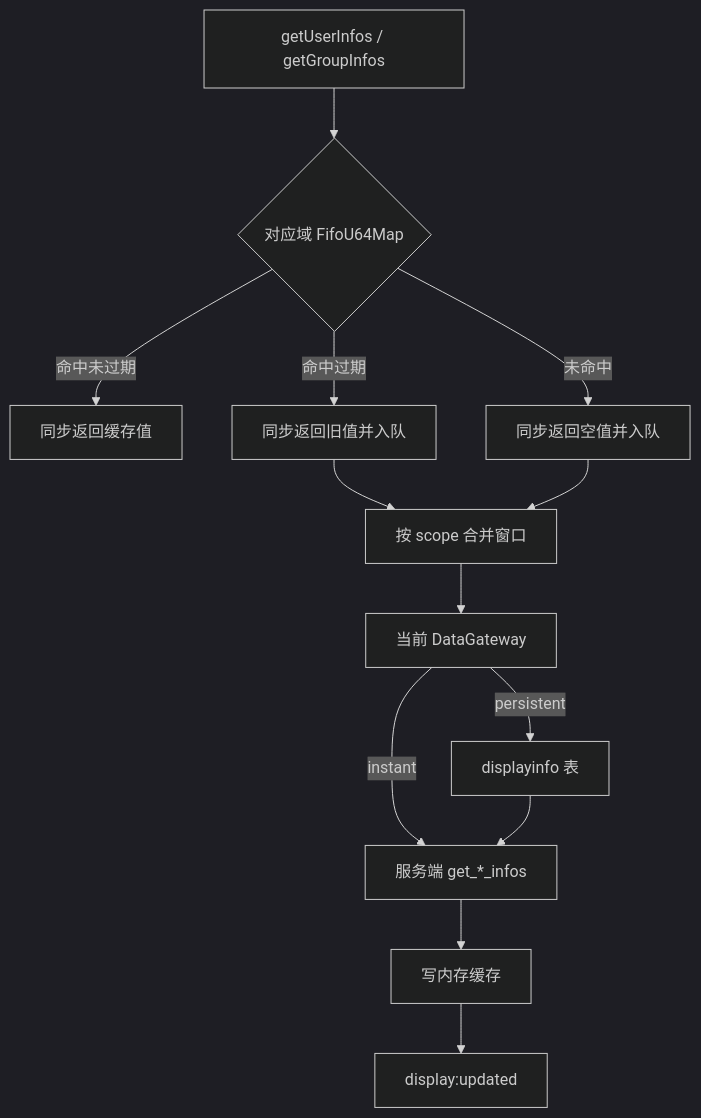
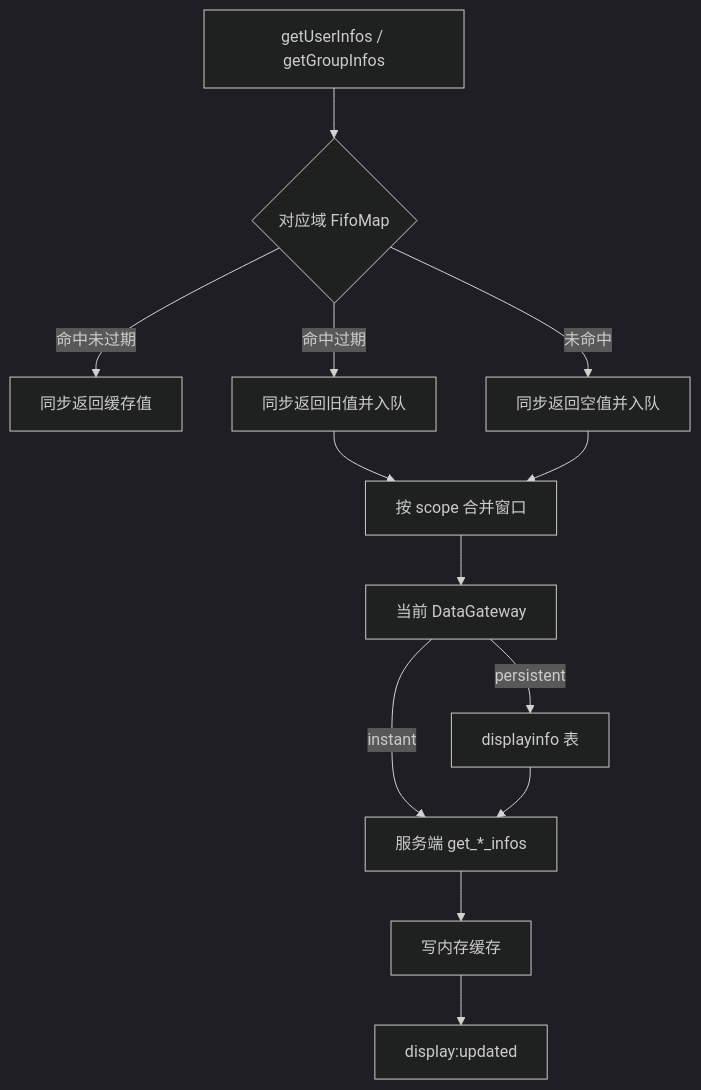
One commit to dacez/yimsg changed the fourth of 4 diagrams in packages/sdk/docs/sdk设计方案.md. Above: the diagram before and after it, drawn with Mermaid (dark theme). The commit also changed other lines of this file and 26 other files, not shown here.

First line of the commit message:
feat(sdk): FifoU64Map 泛化为 FifoMap<K,V>，新增 FifoSet<T> 替代所有长期驻留 Map/Set

````diff
--- a/packages/sdk/docs/sdk设计方案.md
+++ b/packages/sdk/docs/sdk设计方案.md
@@ -345,15 +345,15 @@
 ```mermaid
 flowchart TD
-  Read[getUserInfos / getGroupInfos] --> Cache{对应域 FifoU64Map}
+  Read[getUserInfos / getGroupInfos] --> Cache{对应域 FifoMap}
   Cache -->|命中未过期| ReturnFresh[同步返回缓存值]
   Cache -->|命中过期| ReturnStale[同步返回旧值并入队]
   Cache -->|未命中| ReturnEmpty[同步返回空值并入队]
   ReturnStale --> Merge[按 scope 合并窗口]
   ReturnEmpty --> Merge
   Merge --> DG[当前 DataGateway]
   DG -->|instant| Remote[服务端 get_*_infos]
   DG -->|persistent| Local[displayinfo 表]
   Local --> Remote
   Remote --> Update[写内存缓存]
   Update --> Event[display:updated]
 ```
````
